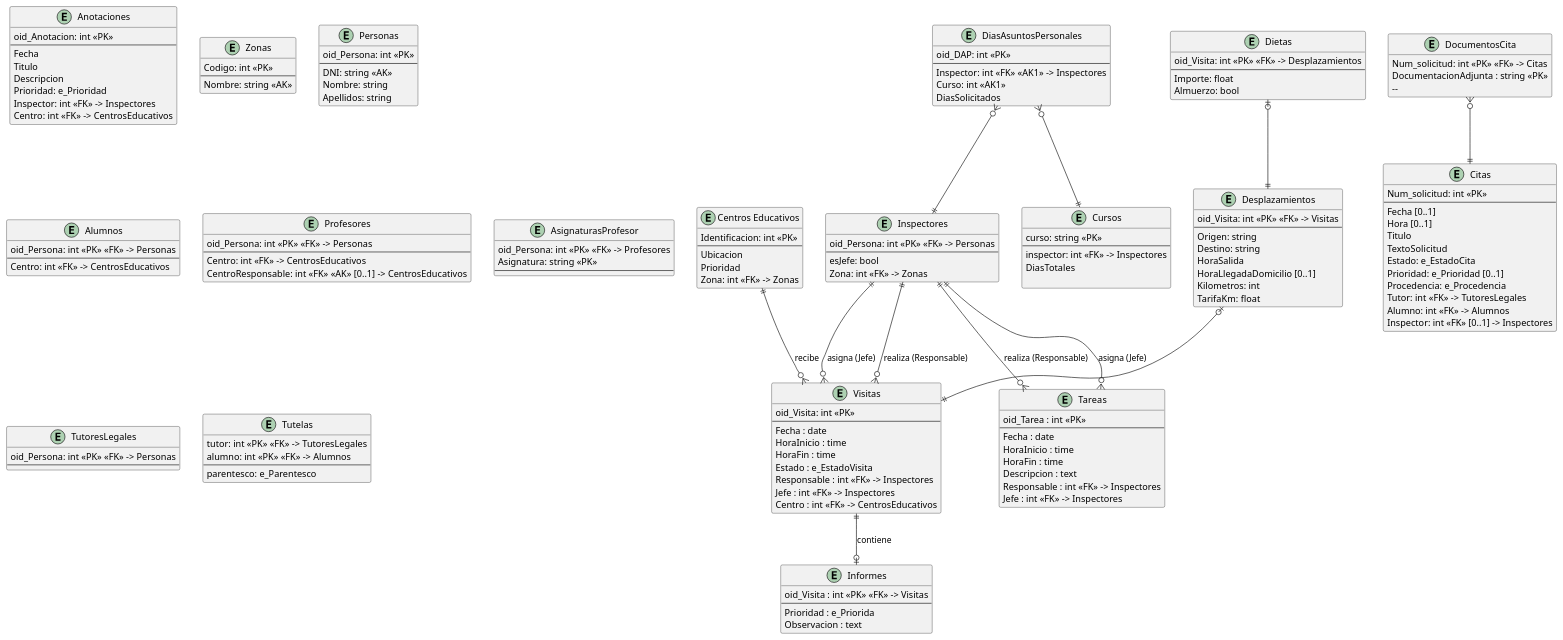
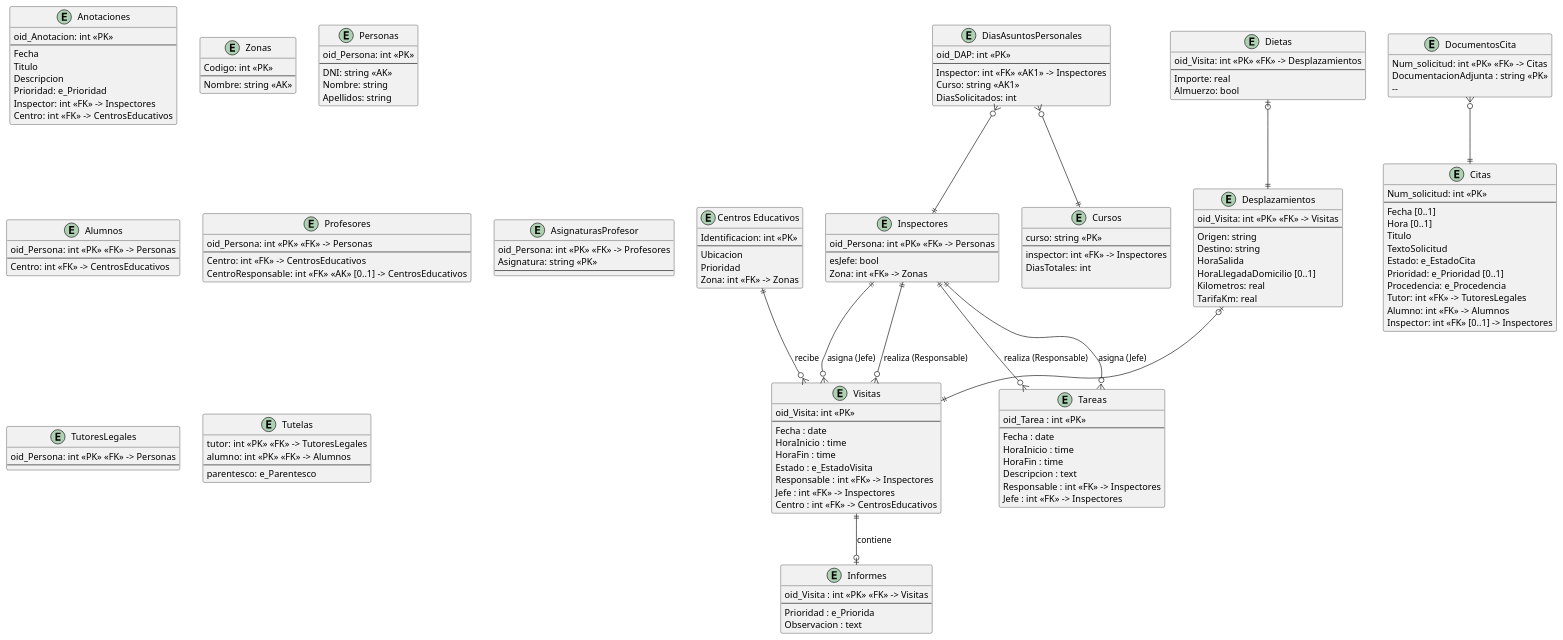
The diagram in modelado/modelado_relacional.puml (lorenzomaranon/ProyectoBD_Inspeccion_Educativa), drawn with PlantUML before and after one commit.

Commit message:
Corrige tipos en Dietas, Desplazamientos, DAP y Cursos

```diff
--- a/modelado/modelado_relacional.puml
+++ b/modelado/modelado_relacional.puml
@@ -1,178 +1,178 @@
 @startuml modelado_relacional
 hide methods
 skinparam ClassAttributeIconSize 0
 
 
 entity "Centros Educativos" as CentrosEducativos {
     Identificacion: int <<PK>>
     --
     Ubicacion
     Prioridad
     Zona: int <<FK>> -> Zonas
 }
 
 entity DocumentosCita {
     Num_solicitud: int <<PK>> <<FK>> -> Citas
     DocumentacionAdjunta : string <<PK>>
     --   
 }
 
 entity Citas {
     Num_solicitud: int <<PK>> 
     --
     Fecha [0..1]
     Hora [0..1]
     Titulo
     TextoSolicitud
     Estado: e_EstadoCita
     Prioridad: e_Prioridad [0..1]
     Procedencia: e_Procedencia
     Tutor: int <<FK>> -> TutoresLegales
     Alumno: int <<FK>> -> Alumnos
     Inspector: int <<FK>> [0..1] -> Inspectores
 }
 
 entity Anotaciones {
     oid_Anotacion: int <<PK>>
     --
     Fecha
     Titulo
     Descripcion
     Prioridad: e_Prioridad
     Inspector: int <<FK>> -> Inspectores
     Centro: int <<FK>> -> CentrosEducativos
 }
 
 entity Visitas {
     oid_Visita: int <<PK>>
     --
     Fecha : date
     HoraInicio : time
     HoraFin : time
     Estado : e_EstadoVisita
     Responsable : int <<FK>> -> Inspectores
     Jefe : int <<FK>> -> Inspectores
     Centro : int <<FK>> -> CentrosEducativos
 }
 
 entity Informes {
     oid_Visita : int <<PK>> <<FK>> -> Visitas
     --
     Prioridad : e_Priorida
     Observacion : text
 }
 
 entity Tareas {
     oid_Tarea : int <<PK>>
     --
     Fecha : date
     HoraInicio : time
     HoraFin : time
     Descripcion : text
     Responsable : int <<FK>> -> Inspectores
     Jefe : int <<FK>> -> Inspectores
 }
 
 entity Zonas {
     Codigo: int <<PK>>
     --
     Nombre: string <<AK>>
 }
 
 entity Personas {
     oid_Persona: int <<PK>>
     --
     DNI: string <<AK>>
     Nombre: string
     Apellidos: string
 }
 
 entity Inspectores {
     oid_Persona: int <<PK>> <<FK>> -> Personas
     --
     esJefe: bool
     Zona: int <<FK>> -> Zonas
 }
 
 entity Alumnos {
     oid_Persona: int <<PK>> <<FK>> -> Personas
     --
     Centro: int <<FK>> -> CentrosEducativos
 }
 
 entity Profesores {
     oid_Persona: int <<PK>> <<FK>> -> Personas
     --
     Centro: int <<FK>> -> CentrosEducativos
     CentroResponsable: int <<FK>> <<AK>> [0..1] -> CentrosEducativos
 }
 
 entity AsignaturasProfesor {
     oid_Persona: int <<PK>> <<FK>> -> Profesores
     Asignatura: string <<PK>>
     --
 }
 
 entity TutoresLegales {
     oid_Persona: int <<PK>> <<FK>> -> Personas
     --
 }
 
 entity Tutelas {
     tutor: int <<PK>> <<FK>> -> TutoresLegales
     alumno: int <<PK>> <<FK>> -> Alumnos
     --
     parentesco: e_Parentesco
 }
 
 Inspectores ||--o{ Visitas : realiza (Responsable)
 Inspectores ||--o{ Visitas : asigna (Jefe)
 Inspectores ||--o{ Tareas : realiza (Responsable)
 Inspectores ||--o{ Tareas : asigna (Jefe)
 CentrosEducativos ||--o{ Visitas : recibe
 Visitas ||--o| Informes : contiene
 
 entity Desplazamientos {
     oid_Visita: int <<PK>> <<FK>> -> Visitas
     --
     Origen: string
     Destino: string
     HoraSalida
     HoraLlegadaDomicilio [0..1]
-    Kilometros: int
-    TarifaKm: float
+    Kilometros: real
+    TarifaKm: real
 }
 
 entity Dietas {
     oid_Visita: int <<PK>> <<FK>> -> Desplazamientos
     --
-    Importe: float
+    Importe: real
     Almuerzo: bool
 }
 
 Desplazamientos |o--||Visitas
 Dietas |o--||Desplazamientos
 
 entity DiasAsuntosPersonales {
     oid_DAP: int <<PK>>
     --
     Inspector: int <<FK>> <<AK1>> -> Inspectores
-    Curso: int <<AK1>>
-    DiasSolicitados
+    Curso: string <<AK1>>
+    DiasSolicitados: int
 }
 
 entity Cursos {
     curso: string <<PK>>
     --
     inspector: int <<FK>> -> Inspectores
-    DiasTotales
+    DiasTotales: int
 
 }
 
 DiasAsuntosPersonales }o--||Cursos
 DiasAsuntosPersonales }o--||Inspectores
 
 '------- ASOCIACIONES --------------------------------------
 DocumentosCita }o--|| Citas
 
 @enduml
```
